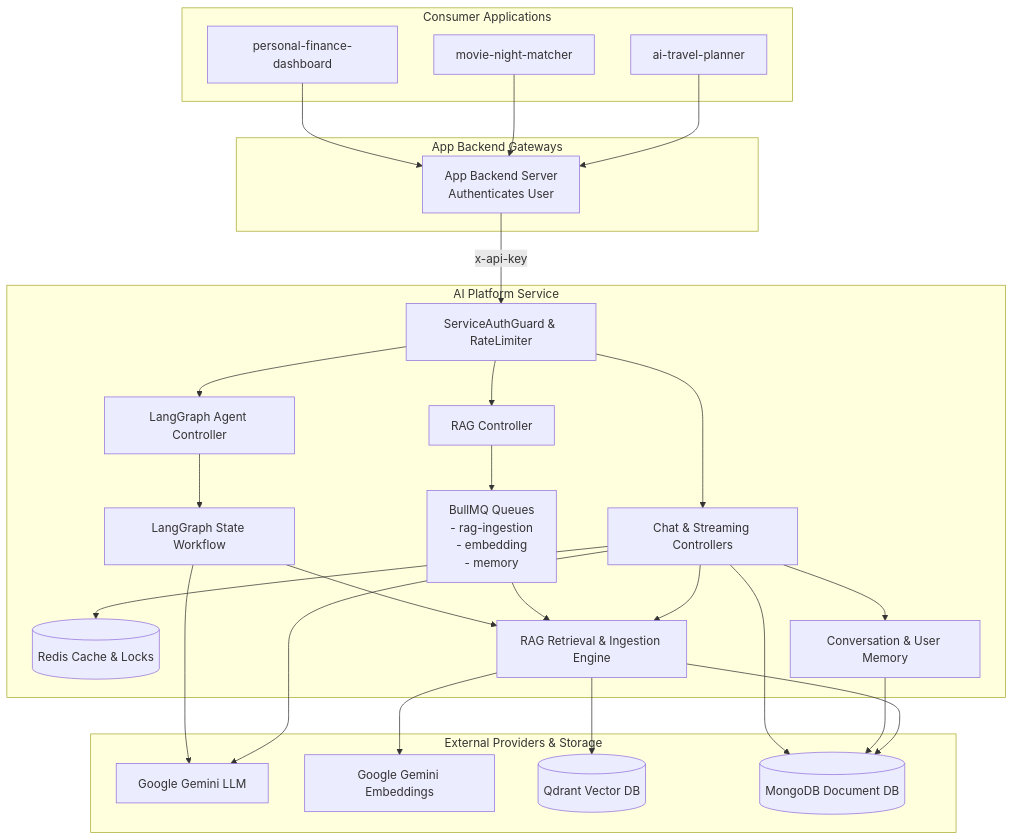
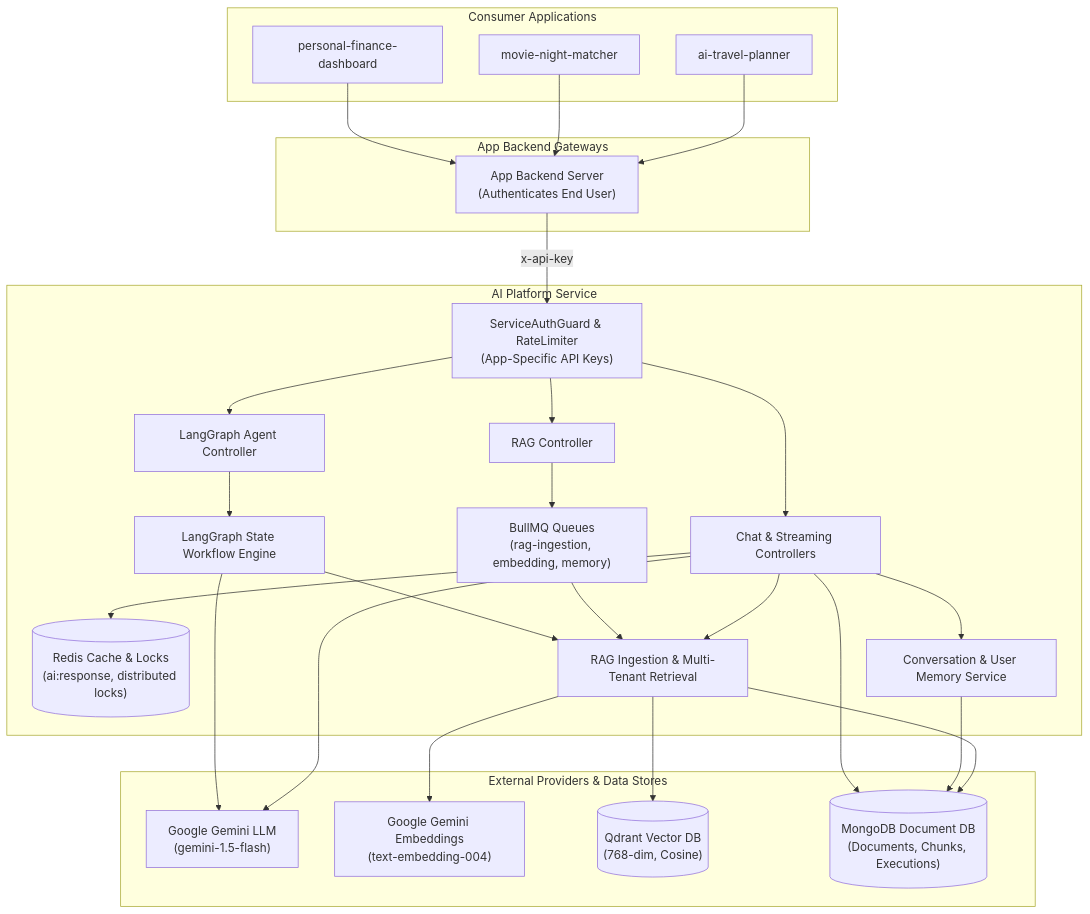
The first of 5 diagrams in README.md (rishank-kesarwani/ai-platform), drawn with Mermaid before and after one commit. The commit also changed other lines of this file, not shown here.

````diff
--- a/README.md
+++ b/README.md
@@ -132,61 +132,61 @@
 ```mermaid
 flowchart TD
-    subgraph ClientLayer [Consumer Applications]
-        App1[ai-travel-planner]
-        App2[movie-night-matcher]
-        App3[personal-finance-dashboard]
+    subgraph ClientLayer ["Consumer Applications"]
+        App1["ai-travel-planner"]
+        App2["movie-night-matcher"]
+        App3["personal-finance-dashboard"]
     end
 
-    subgraph AppBackends [App Backend Gateways]
-        Backend[App Backend Server\nAuthenticates User]
+    subgraph AppBackends ["App Backend Gateways"]
+        Backend["App Backend Server<br/>(Authenticates End User)"]
     end
 
-    subgraph AIPlatform [AI Platform Service]
-        AuthGuard[ServiceAuthGuard & RateLimiter]
-        ChatController[Chat & Streaming Controllers]
-        RagController[RAG Controller]
-        AgentController[LangGraph Agent Controller]
+    subgraph AIPlatform ["AI Platform Service"]
+        AuthGuard["ServiceAuthGuard & RateLimiter<br/>(App-Specific API Keys)"]
+        ChatController["Chat & Streaming Controllers"]
+        RagController["RAG Controller"]
+        AgentController["LangGraph Agent Controller"]
         
-        CacheService[(Redis Cache & Locks)]
-        QueueService[BullMQ Queues\n- rag-ingestion\n- embedding\n- memory]
+        CacheService[("Redis Cache & Locks<br/>(ai:response, distributed locks)")]
+        QueueService["BullMQ Queues<br/>(rag-ingestion, embedding, memory)"]
         
-        RagEngine[RAG Retrieval & Ingestion Engine]
-        LangGraphEngine[LangGraph State Workflow]
-        MemoryEngine[Conversation & User Memory]
+        RagEngine["RAG Ingestion & Multi-Tenant Retrieval"]
+        LangGraphEngine["LangGraph State Workflow Engine"]
+        MemoryEngine["Conversation & User Memory Service"]
     end
 
-    subgraph ExternalServices [External Providers & Storage]
-        GeminiLLM[Google Gemini LLM]
-        GeminiEmbed[Google Gemini Embeddings]
-        QdrantDB[(Qdrant Vector DB)]
-        MongoDB[(MongoDB Document DB)]
+    subgraph ExternalServices ["External Providers & Data Stores"]
+        GeminiLLM["Google Gemini LLM<br/>(gemini-1.5-flash)"]
+        GeminiEmbed["Google Gemini Embeddings<br/>(text-embedding-004)"]
+        QdrantDB[("Qdrant Vector DB<br/>(768-dim, Cosine)")]
+        MongoDB[("MongoDB Document DB<br/>(Documents, Chunks, Executions)")]
     end
 
     App1 --> Backend
     App2 --> Backend
     App3 --> Backend
 
     Backend -->|x-api-key| AuthGuard
     AuthGuard --> ChatController
     AuthGuard --> RagController
     AuthGuard --> AgentController
 
     ChatController --> CacheService
     ChatController --> MemoryEngine
     ChatController --> RagEngine
     ChatController --> GeminiLLM
 
     RagController --> QueueService
     QueueService --> RagEngine
 
     RagEngine --> GeminiEmbed
     RagEngine --> QdrantDB
     RagEngine --> MongoDB
 
     AgentController --> LangGraphEngine
     LangGraphEngine --> RagEngine
     LangGraphEngine --> GeminiLLM
 
     MemoryEngine --> MongoDB
     ChatController --> MongoDB
 ```
````
